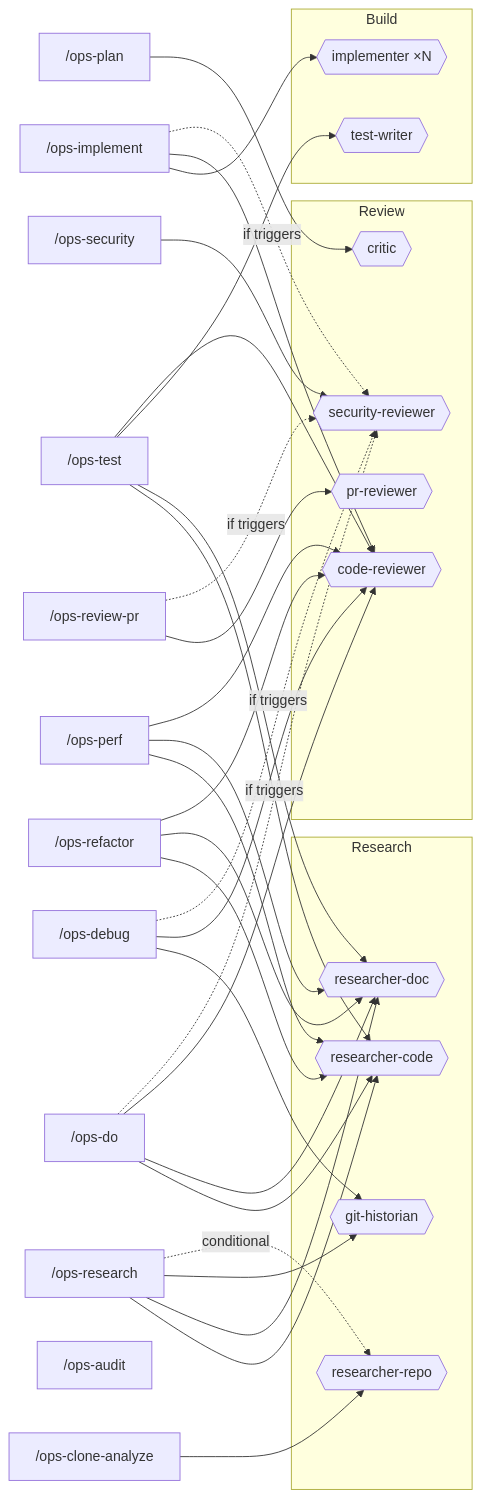
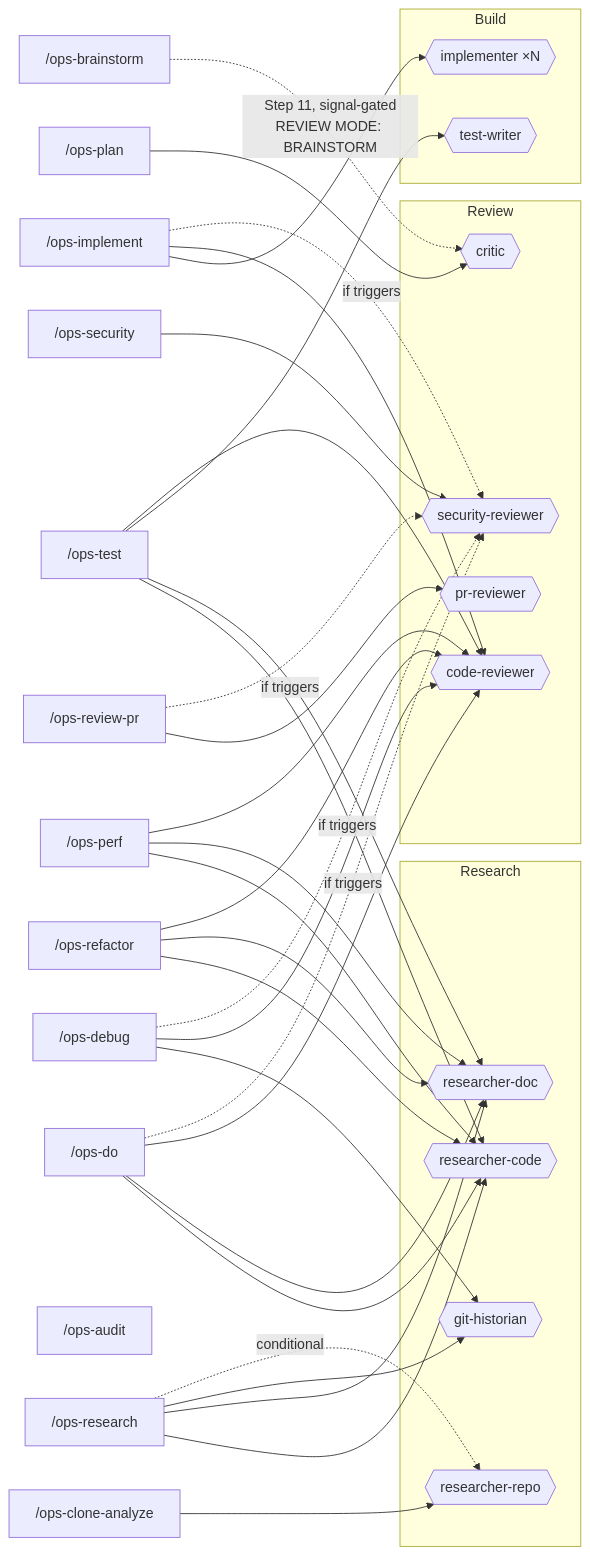
The second of 17 diagrams in README.md (gigi206/ops), drawn with Mermaid before and after one commit. The commit also changed other lines of this file and 15 other files, not shown here.

````diff
--- a/README.md
+++ b/README.md
@@ -86,56 +86,58 @@
 ```mermaid
 flowchart LR
     %% ─── Skills ───
     research["/ops-research"]
     plan["/ops-plan"]
     implement["/ops-implement"]
     do["/ops-do"]
     debug["/ops-debug"]
     test["/ops-test"]
     refactor["/ops-refactor"]
     perf["/ops-perf"]
     review-pr["/ops-review-pr"]
     security["/ops-security"]
     audit["/ops-audit"]
     clone-analyze["/ops-clone-analyze"]
+    brainstorm["/ops-brainstorm"]
 
     %% ─── Research agents ───
     subgraph research_agents["Research"]
         rc{{"researcher-code"}}
         rd{{"researcher-doc"}}
         gh{{"git-historian"}}
         rr{{"researcher-repo"}}
     end
 
     %% ─── Review agents ───
     subgraph review_agents["Review"]
         cr{{"critic"}}
         codrev{{"code-reviewer"}}
         secrev{{"security-reviewer"}}
         prrev{{"pr-reviewer"}}
     end
 
     %% ─── Build agents ───
     subgraph build_agents["Build"]
         imp{{"implementer ×N"}}
         tw{{"test-writer"}}
     end
 
     %% ─── Dispatch ───
     research --> rc & rd & gh
     research -.->|conditional| rr
     plan --> cr
+    brainstorm -.->|Step 11, signal-gated<br/>REVIEW MODE: BRAINSTORM| cr
     implement --> imp & codrev
     implement -.->|if triggers| secrev
     do --> rc & rd & codrev
     do -.->|if triggers| secrev
     debug --> gh & codrev
     debug -.->|if triggers| secrev
     test --> rc & rd & tw & codrev
     refactor --> rc & rd & codrev
     perf --> rc & rd & codrev
     review-pr --> prrev
     review-pr -.->|if triggers| secrev
     security --> secrev
     clone-analyze --> rr
 ```
````
